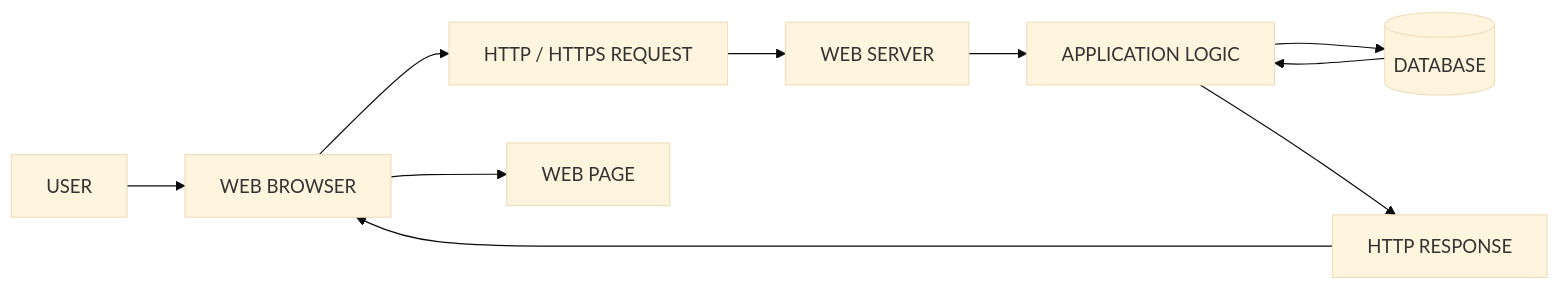
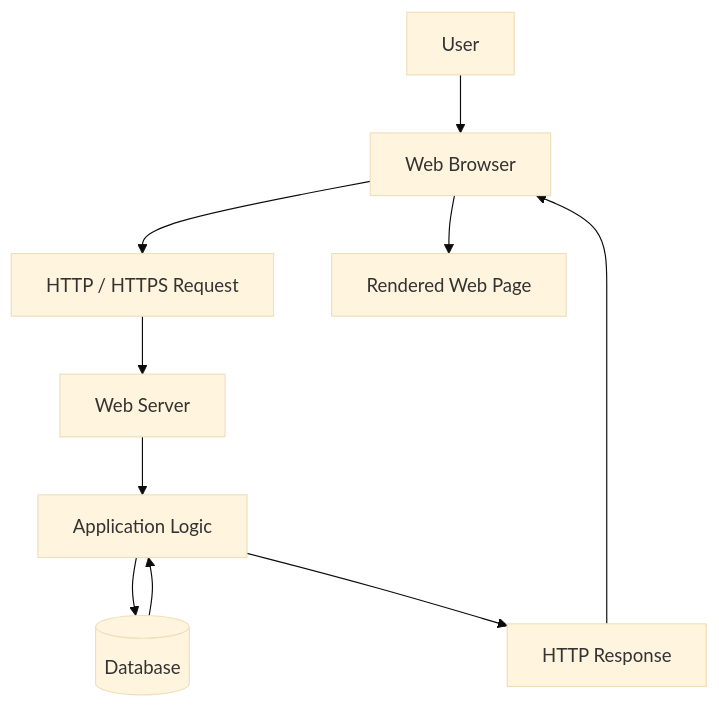
Before and after one commit to GhostMaskR/Web-Application-Basics: the first of 4 diagrams in README.md, drawn with Mermaid (base theme). The commit also changed other lines of this file, not shown here.

````diff
--- a/README.md
+++ b/README.md
@@ -114,12 +177,12 @@
 ```mermaid
-flowchart LR
-A["USER"] --> B["WEB BROWSER"]
-B --> C["HTTP / HTTPS REQUEST"]
-C --> D["WEB SERVER"]
-D --> E["APPLICATION LOGIC"]
-E --> F[("DATABASE")]
-F --> E
-E --> G["HTTP RESPONSE"]
-G --> B
-B --> H["WEB PAGE"]
+flowchart TD
+    A["User"] --> B["Web Browser"]
+    B --> C["HTTP / HTTPS Request"]
+    C --> D["Web Server"]
+    D --> E["Application Logic"]
+    E --> F[("Database")]
+    F --> E
+    E --> G["HTTP Response"]
+    G --> B
+    B --> H["Rendered Web Page"]
 ```
````
